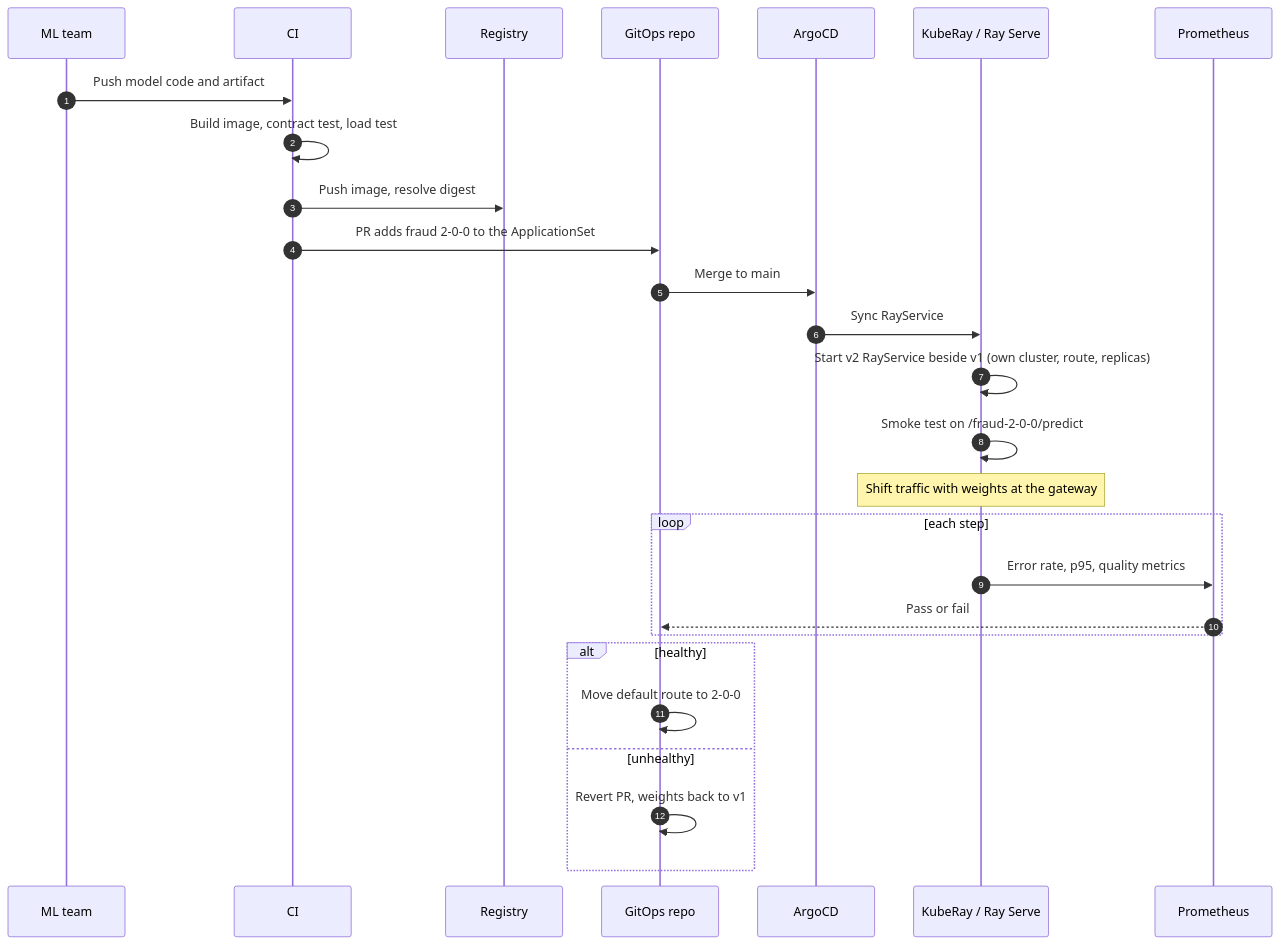
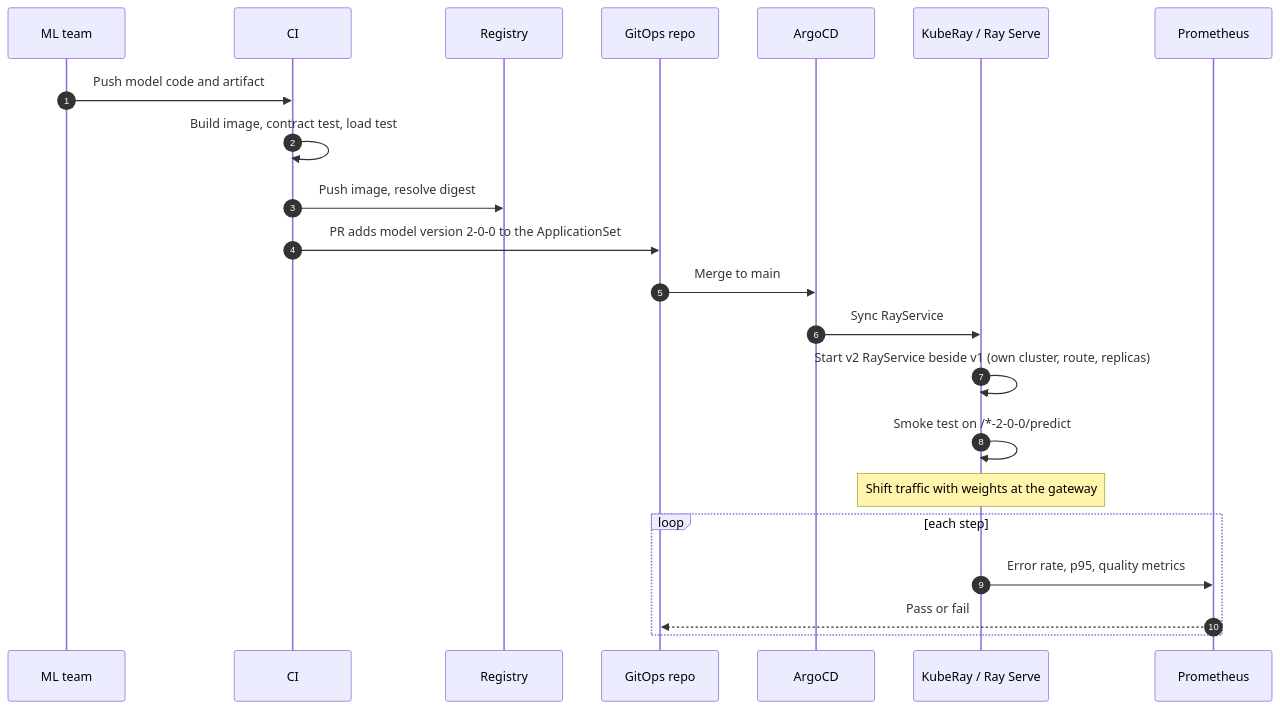
The fourth of 4 diagrams in docs/DESIGN.md (omegazyadav/cf-assignment), drawn with Mermaid before and after one commit. The commit also changed 2 other files, not shown here.

````diff
--- a/docs/DESIGN.md
+++ b/docs/DESIGN.md
@@ -189,29 +189,24 @@
 ```mermaid
 sequenceDiagram
     autonumber
     participant ML as ML team
     participant CI as CI
     participant Reg as Registry
     participant Git as GitOps repo
     participant Argo as ArgoCD
     participant Ray as KubeRay / Ray Serve
     participant Prom as Prometheus
     ML->>CI: Push model code and artifact
     CI->>CI: Build image, contract test, load test
     CI->>Reg: Push image, resolve digest
-    CI->>Git: PR adds fraud 2-0-0 to the ApplicationSet
+    CI->>Git: PR adds model version 2-0-0 to the ApplicationSet
     Git->>Argo: Merge to main
     Argo->>Ray: Sync RayService
     Ray->>Ray: Start v2 RayService beside v1 (own cluster, route, replicas)
-    Ray->>Ray: Smoke test on /fraud-2-0-0/predict
+    Ray->>Ray: Smoke test on /*-2-0-0/predict
     Note over Ray: Shift traffic with weights at the gateway
     loop each step
         Ray->>Prom: Error rate, p95, quality metrics
         Prom-->>Git: Pass or fail
     end
-    alt healthy
-        Git->>Git: Move default route to 2-0-0
-    else unhealthy
-        Git->>Git: Revert PR, weights back to v1
-    end
 ```
````
